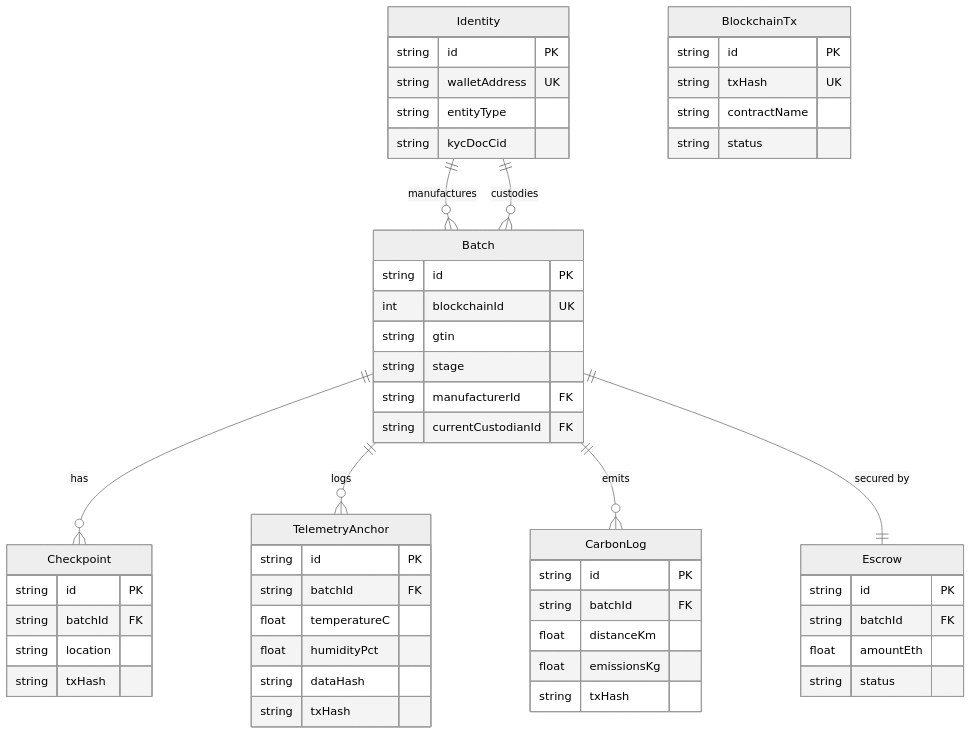
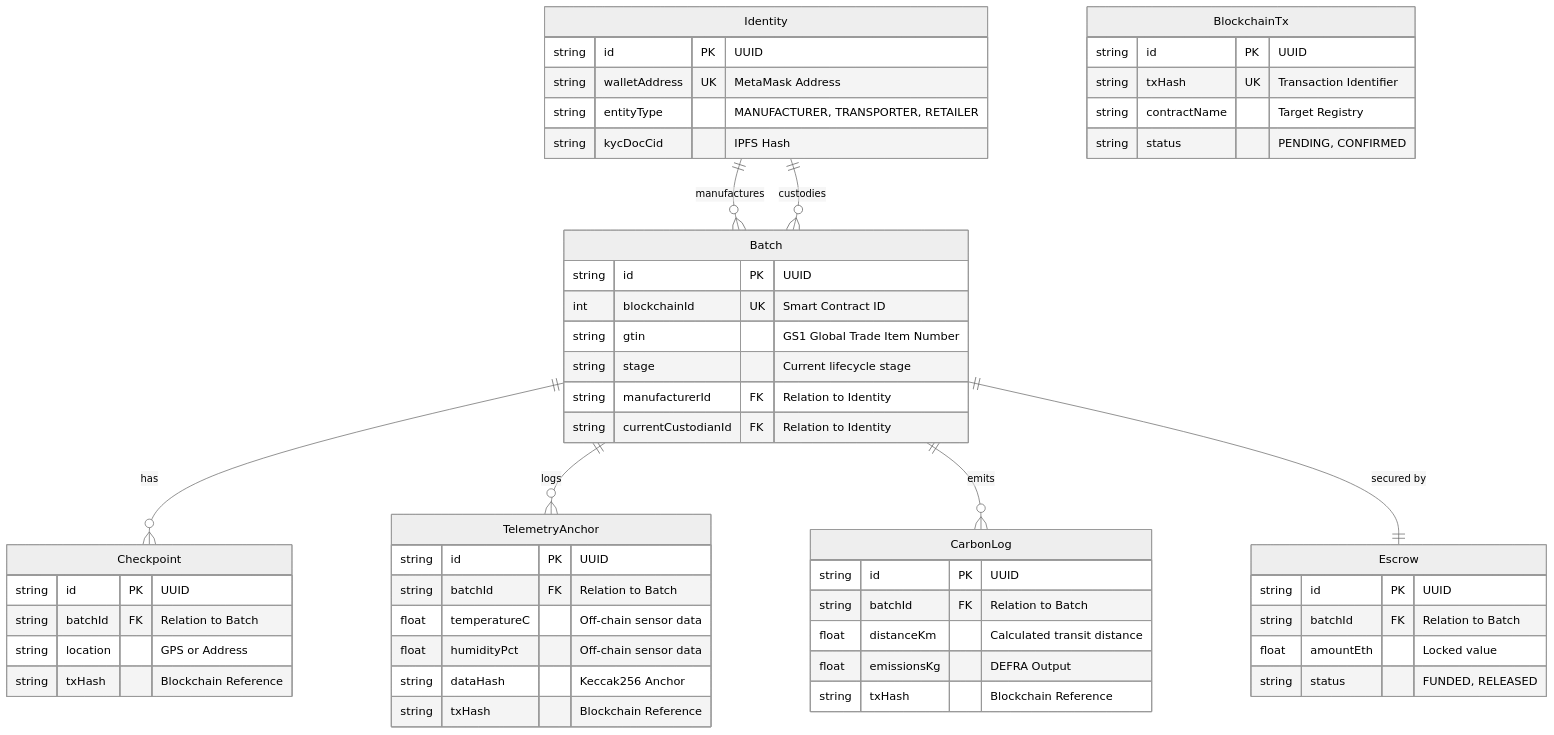
The third of 3 diagrams in README.md (mohitdeshmukhdev/MST-SupplyChain), drawn with Mermaid (neutral theme) before and after one commit. The commit also changed other lines of this file, not shown here.

Commit message:
Update project name to MST Supply Chain and enhance architecture diagrams

````diff
--- a/README.md
+++ b/README.md
@@ -120,57 +131,57 @@
 ```mermaid
 erDiagram
     Identity {
-        string id PK
-        string walletAddress UK
-        string entityType
-        string kycDocCid
+        string id PK "UUID"
+        string walletAddress UK "MetaMask Address"
+        string entityType "MANUFACTURER, TRANSPORTER, RETAILER"
+        string kycDocCid "IPFS Hash"
     }
     Batch {
-        string id PK
-        int blockchainId UK
-        string gtin
-        string stage
-        string manufacturerId FK
-        string currentCustodianId FK
+        string id PK "UUID"
+        int blockchainId UK "Smart Contract ID"
+        string gtin "GS1 Global Trade Item Number"
+        string stage "Current lifecycle stage"
+        string manufacturerId FK "Relation to Identity"
+        string currentCustodianId FK "Relation to Identity"
     }
     Checkpoint {
-        string id PK
-        string batchId FK
-        string location
-        string txHash
+        string id PK "UUID"
+        string batchId FK "Relation to Batch"
+        string location "GPS or Address"
+        string txHash "Blockchain Reference"
     }
     TelemetryAnchor {
-        string id PK
-        string batchId FK
-        float temperatureC
-        float humidityPct
-        string dataHash
-        string txHash
+        string id PK "UUID"
+        string batchId FK "Relation to Batch"
+        float temperatureC "Off-chain sensor data"
+        float humidityPct "Off-chain sensor data"
+        string dataHash "Keccak256 Anchor"
+        string txHash "Blockchain Reference"
     }
     CarbonLog {
-        string id PK
-        string batchId FK
-        float distanceKm
-        float emissionsKg
-        string txHash
+        string id PK "UUID"
+        string batchId FK "Relation to Batch"
+        float distanceKm "Calculated transit distance"
+        float emissionsKg "DEFRA Output"
+        string txHash "Blockchain Reference"
     }
     Escrow {
-        string id PK
-        string batchId FK
-        float amountEth
-        string status
+        string id PK "UUID"
+        string batchId FK "Relation to Batch"
+        float amountEth "Locked value"
+        string status "FUNDED, RELEASED"
     }
     BlockchainTx {
-        string id PK
-        string txHash UK
-        string contractName
-        string status
+        string id PK "UUID"
+        string txHash UK "Transaction Identifier"
+        string contractName "Target Registry"
+        string status "PENDING, CONFIRMED"
     }
 
     Identity ||--o{ Batch : "manufactures"
     Identity ||--o{ Batch : "custodies"
     Batch ||--o{ Checkpoint : "has"
     Batch ||--o{ TelemetryAnchor : "logs"
     Batch ||--o{ CarbonLog : "emits"
     Batch ||--|| Escrow : "secured by"
 ```
````
